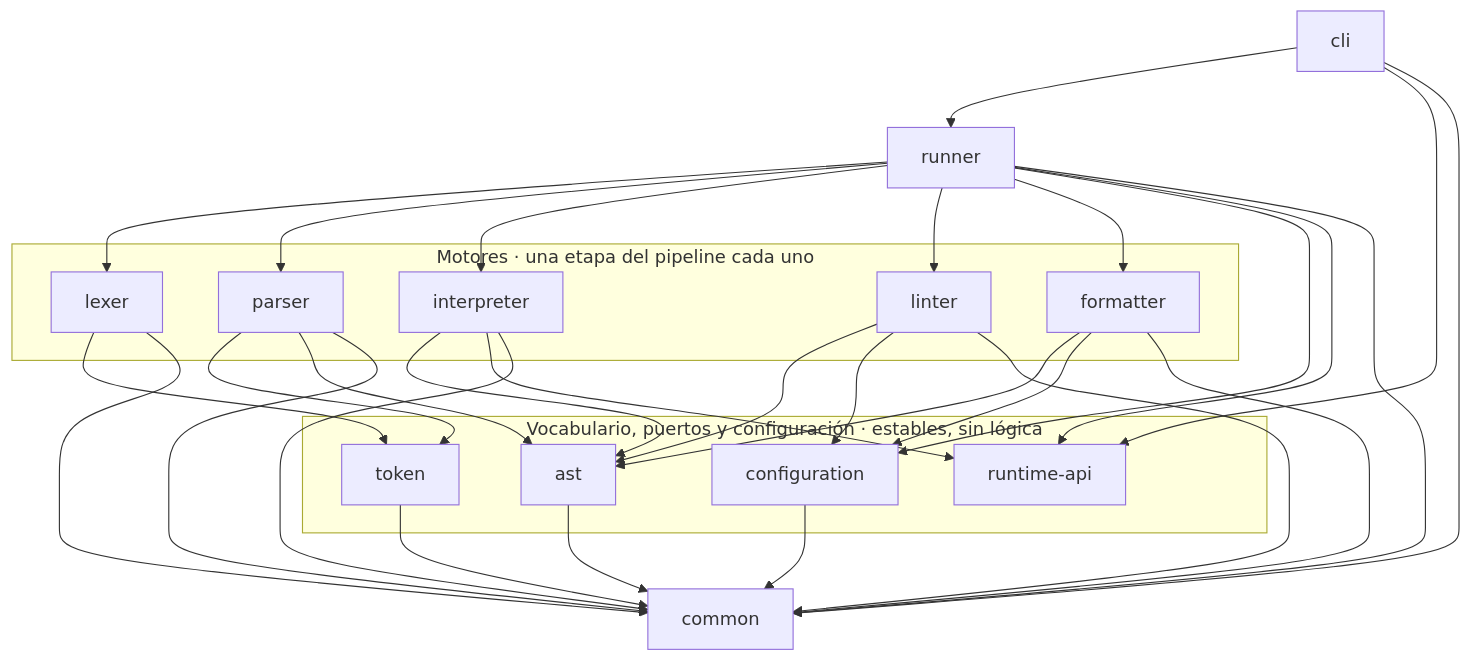
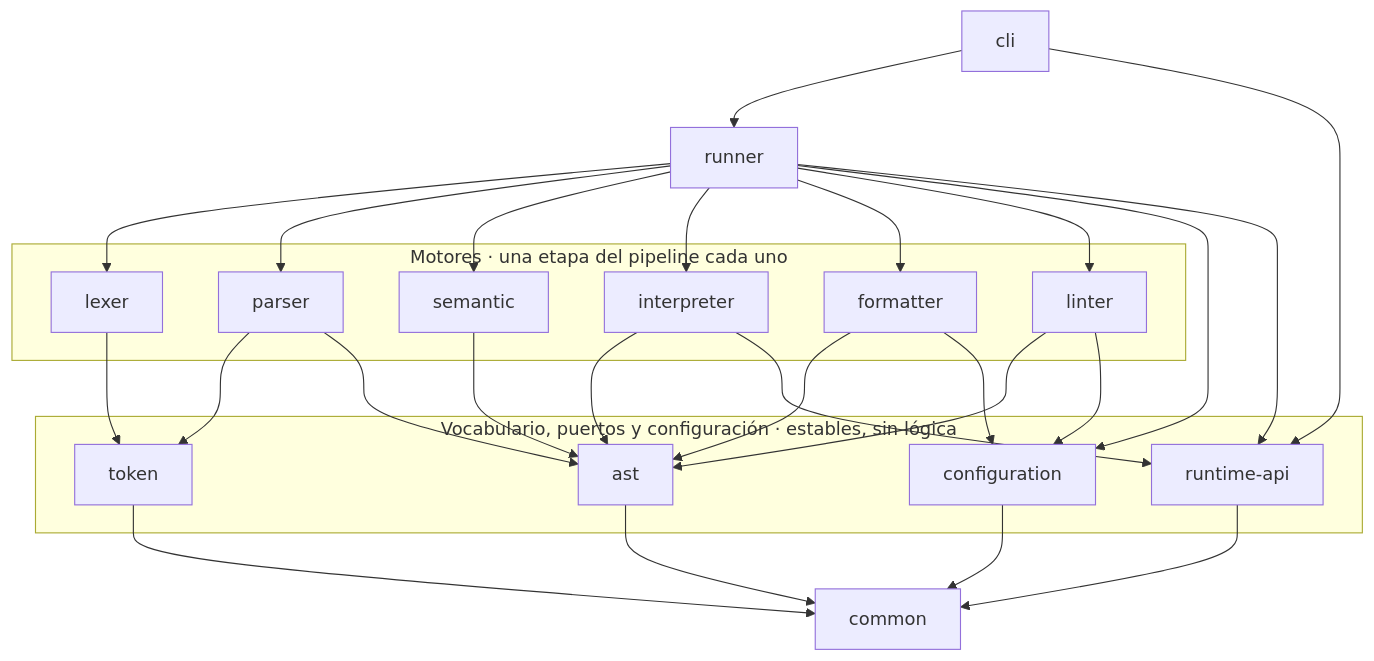
One commit to MartinaCousido/PrintScript changed the first of 2 diagrams in docs/arquitectura.md. Above: the diagram before and after it, drawn with Mermaid. The commit also changed other lines of this file, not shown here.

First line of the commit message:
Actualizar arquitectura.md con semantic, el despacho por versión y 1.1

````diff
--- a/docs/arquitectura.md
+++ b/docs/arquitectura.md
@@ -13,53 +13,51 @@
 ```mermaid
 flowchart TD
     cli["cli"]
     runner["runner"]
 
     subgraph motores["Motores · una etapa del pipeline cada uno"]
         lexer["lexer"]
         parser["parser"]
+        semantic["semantic"]
         interpreter["interpreter"]
+        formatter["formatter"]
         linter["linter"]
-        formatter["formatter"]
     end
 
     subgraph vocabulario["Vocabulario, puertos y configuración · estables, sin lógica"]
         token["token"]
         ast["ast"]
         runtimeapi["runtime-api"]
         config["configuration"]
     end
 
     common["common"]
 
     cli --> runner
     cli --> runtimeapi
-    cli --> common
 
     runner --> lexer
     runner --> parser
+    runner --> semantic
     runner --> interpreter
+    runner --> formatter
     runner --> linter
-    runner --> formatter
     runner --> config
     runner --> runtimeapi
-    runner --> common
 
     lexer --> token
-    lexer --> common
     parser --> token
     parser --> ast
-    parser --> common
+    semantic --> ast
     interpreter --> ast
     interpreter --> runtimeapi
-    interpreter --> common
+    formatter --> ast
+    formatter --> config
     linter --> ast
     linter --> config
-    linter --> common
-    formatter --> ast
-    formatter --> config
-    formatter --> common
+
     token --> common
     ast --> common
     config --> common
+    runtimeapi --> common
 ```
````
